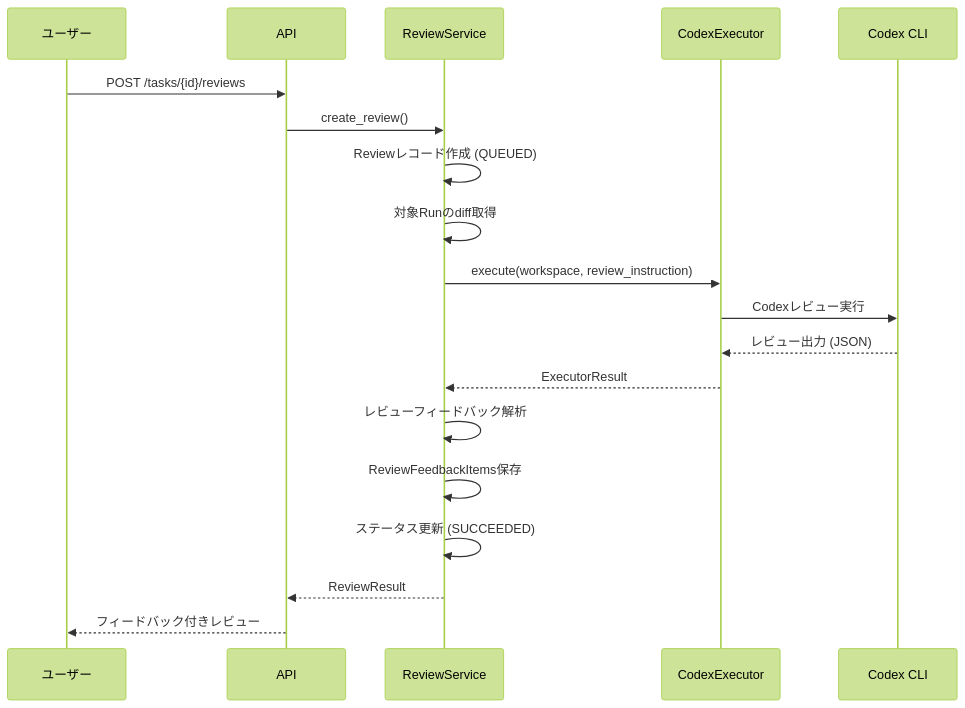
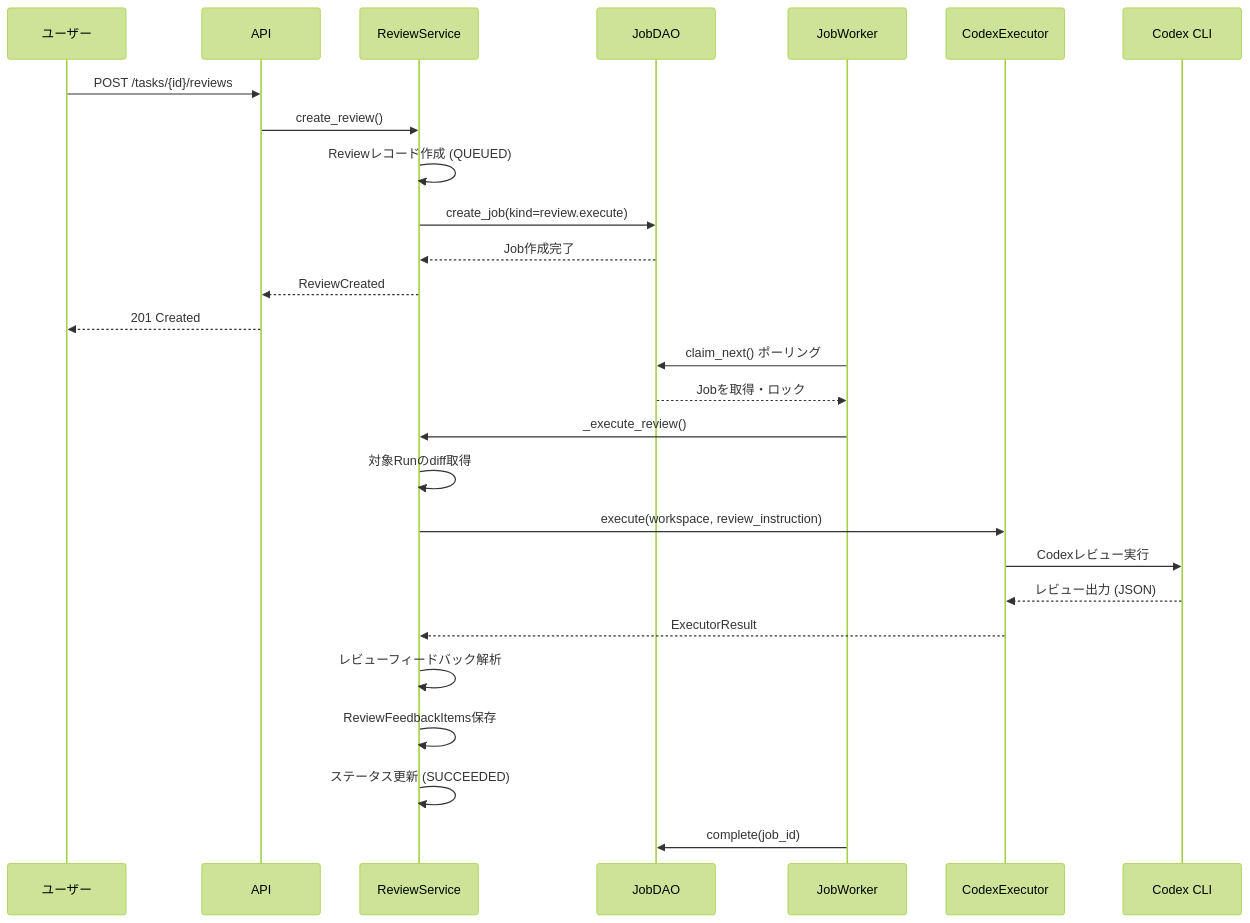
Before and after one commit to hampen2929/zloth: the seventh of 15 diagrams in docs/architecture.md, drawn with Mermaid (forest theme). The commit also changed other lines of this file, not shown here.

````diff
--- a/docs/architecture.md
+++ b/docs/architecture.md
@@ -400,22 +406,31 @@
 ```mermaid
 sequenceDiagram
     participant U as ユーザー
     participant A as API
     participant RVS as ReviewService
+    participant JD as JobDAO
+    participant JW as JobWorker
     participant EX as CodexExecutor
     participant CLI as Codex CLI
 
     U->>A: POST /tasks/{id}/reviews
     A->>RVS: create_review()
     RVS->>RVS: Reviewレコード作成 (QUEUED)
+    RVS->>JD: create_job(kind=review.execute)
+    JD-->>RVS: Job作成完了
+    RVS-->>A: ReviewCreated
+    A-->>U: 201 Created
+
+    JW->>JD: claim_next() ポーリング
+    JD-->>JW: Jobを取得・ロック
+    JW->>RVS: _execute_review()
     RVS->>RVS: 対象Runのdiff取得
     RVS->>EX: execute(workspace, review_instruction)
     EX->>CLI: Codexレビュー実行
     CLI-->>EX: レビュー出力 (JSON)
     EX-->>RVS: ExecutorResult
     RVS->>RVS: レビューフィードバック解析
     RVS->>RVS: ReviewFeedbackItems保存
     RVS->>RVS: ステータス更新 (SUCCEEDED)
-    RVS-->>A: ReviewResult
-    A-->>U: フィードバック付きレビュー
+    JW->>JD: complete(job_id)
 ```
````
